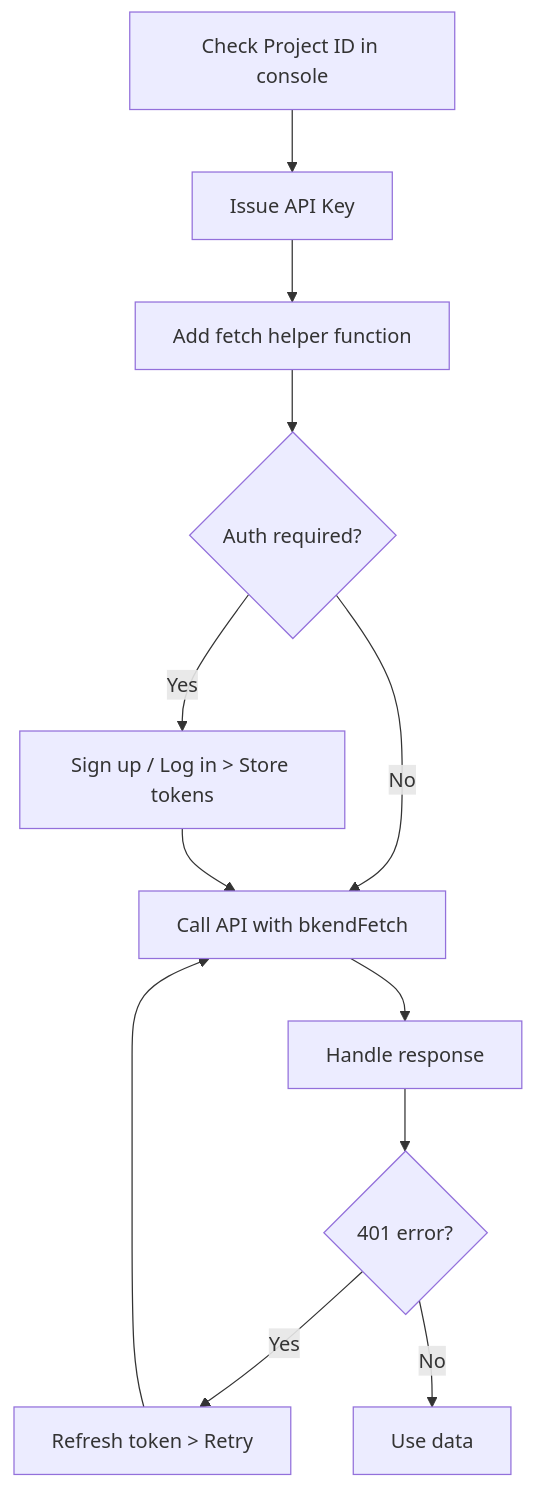
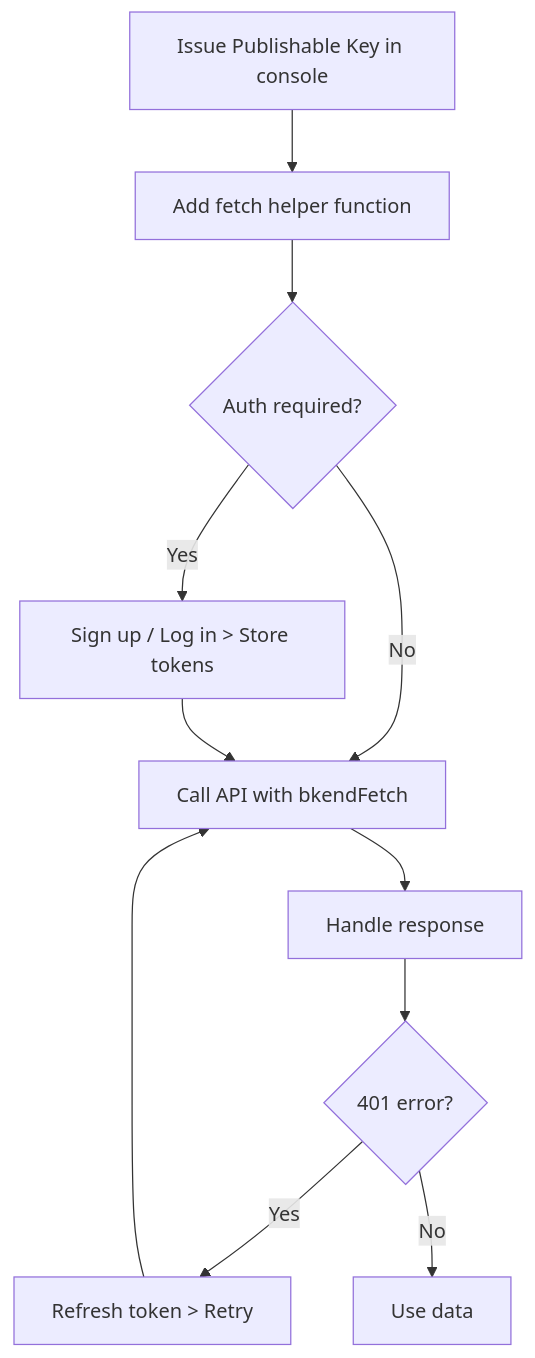
One commit to popup-studio-ai/bkend-docs changed the diagram in en/getting-started/03-app-integration.md. Above: the diagram before and after it, drawn with Mermaid. The commit also changed other lines of this file and 365 other files, not shown here.

````diff
--- a/en/getting-started/03-app-integration.md
+++ b/en/getting-started/03-app-integration.md
@@ -238,14 +236,13 @@
 ```mermaid
 flowchart TD
-    A[Check Project ID in console] --> B[Issue API Key]
-    B --> C[Add fetch helper function]
-    C --> D{Auth required?}
-    D -->|Yes| E[Sign up / Log in > Store tokens]
-    D -->|No| F[Call API with bkendFetch]
-    E --> F
-    F --> G[Handle response]
-    G --> H{401 error?}
-    H -->|Yes| I[Refresh token > Retry]
-    H -->|No| J[Use data]
-    I --> F
+    A[Issue Publishable Key in console] --> B[Add fetch helper function]
+    B --> C{Auth required?}
+    C -->|Yes| D[Sign up / Log in > Store tokens]
+    C -->|No| E[Call API with bkendFetch]
+    D --> E
+    E --> F[Handle response]
+    F --> G{401 error?}
+    G -->|Yes| H[Refresh token > Retry]
+    G -->|No| I[Use data]
+    H --> E
 ```
````
